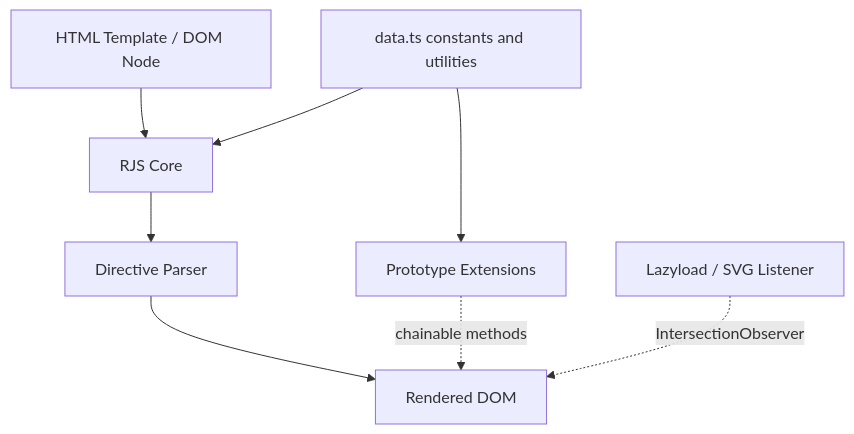
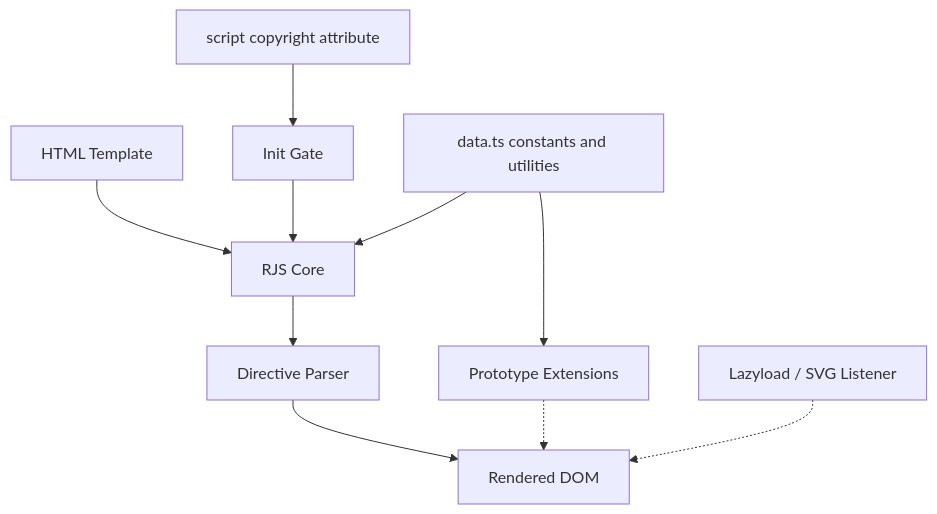
Before and after one commit to pardnio/RenderJS: the first of 7 diagrams in doc/architecture.md, drawn with Mermaid. The commit also changed other lines of this file and 8 other files, not shown here.

````diff
--- a/doc/architecture.md
+++ b/doc/architecture.md
@@ -7,10 +7,12 @@
 ```mermaid
 graph TB
-    A[HTML Template / DOM Node] --> B[RJS Core]
-    B --> C[Directive Parser]
-    C --> D[Rendered DOM]
-    E[Prototype Extensions] -.chainable methods.-> D
-    F[Lazyload / SVG Listener] -.IntersectionObserver.-> D
-    G[data.ts constants and utilities] --> B
-    G --> E
+    S["script copyright attribute"] --> G[Init Gate]
+    T[HTML Template] --> R[RJS Core]
+    G --> R
+    R --> D[Directive Parser]
+    D --> O[Rendered DOM]
+    P[Prototype Extensions] -.-> O
+    L[Lazyload / SVG Listener] -.-> O
+    C[data.ts constants and utilities] --> R
+    C --> P
 ```
````
